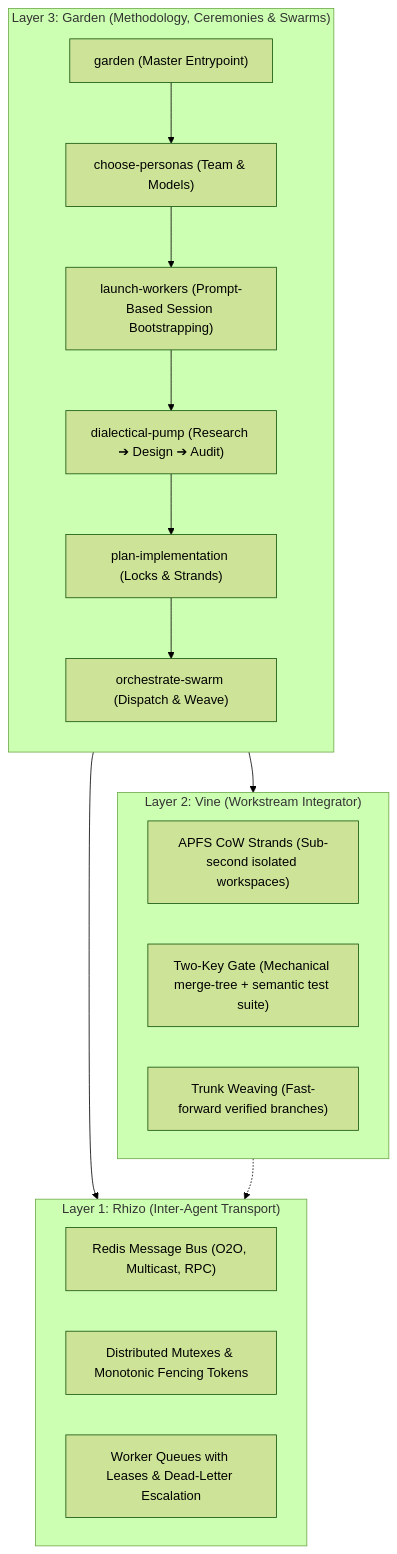
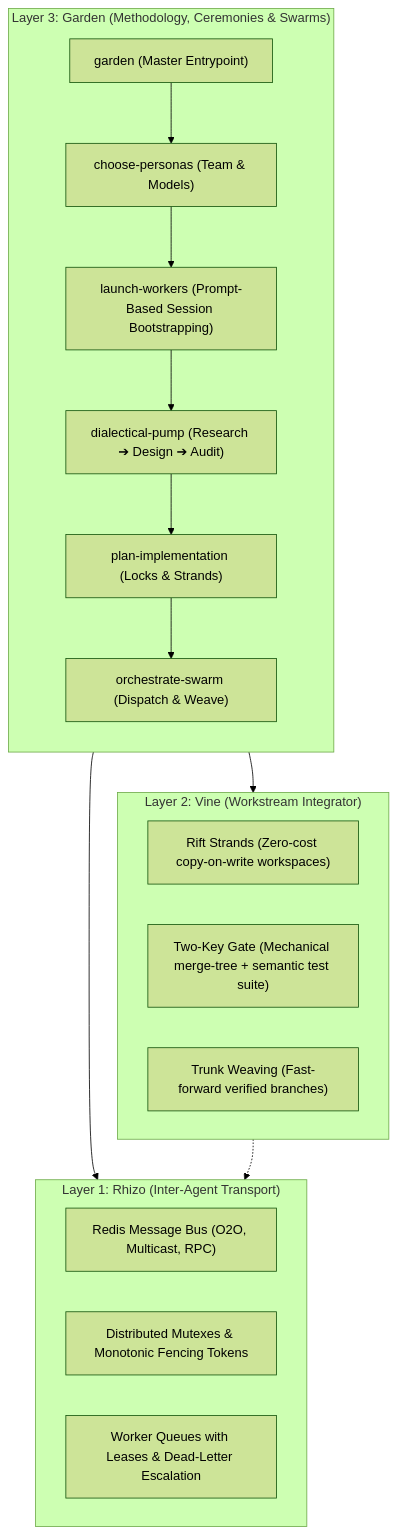
The diagram in README.md (axiomantic/garden), drawn with Mermaid (forest theme) before and after one commit. The commit also changed other lines of this file, not shown here.

Commit message:
docs(readme): replace APFS references with Rift copy-on-write workspaces

````diff
--- a/README.md
+++ b/README.md
@@ -34,29 +34,29 @@
 ```mermaid
 flowchart TD
     subgraph Layer3["Layer 3: Garden (Methodology, Ceremonies & Swarms)"]
         direction TB
         GardenSkill["garden (Master Entrypoint)"]
         P1["choose-personas (Team & Models)"]
         P2["launch-workers (Prompt-Based Session Bootstrapping)"]
         P3["dialectical-pump (Research ➔ Design ➔ Audit)"]
         P4["plan-implementation (Locks & Strands)"]
         P5["orchestrate-swarm (Dispatch & Weave)"]
         GardenSkill --> P1 --> P2 --> P3 --> P4 --> P5
     end
 
     subgraph Layer2["Layer 2: Vine (Workstream Integrator)"]
-        Strands["APFS CoW Strands (Sub-second isolated workspaces)"]
+        Strands["Rift Strands (Zero-cost copy-on-write workspaces)"]
         TwoKey["Two-Key Gate (Mechanical merge-tree + semantic test suite)"]
         Weave["Trunk Weaving (Fast-forward verified branches)"]
     end
 
     subgraph Layer1["Layer 1: Rhizo (Inter-Agent Transport)"]
         Bus["Redis Message Bus (O2O, Multicast, RPC)"]
         Locks["Distributed Mutexes & Monotonic Fencing Tokens"]
         Queues["Worker Queues with Leases & Dead-Letter Escalation"]
     end
 
     Layer3 --> Layer2
     Layer3 --> Layer1
     Layer2 -.-> Layer1
 ```
````
